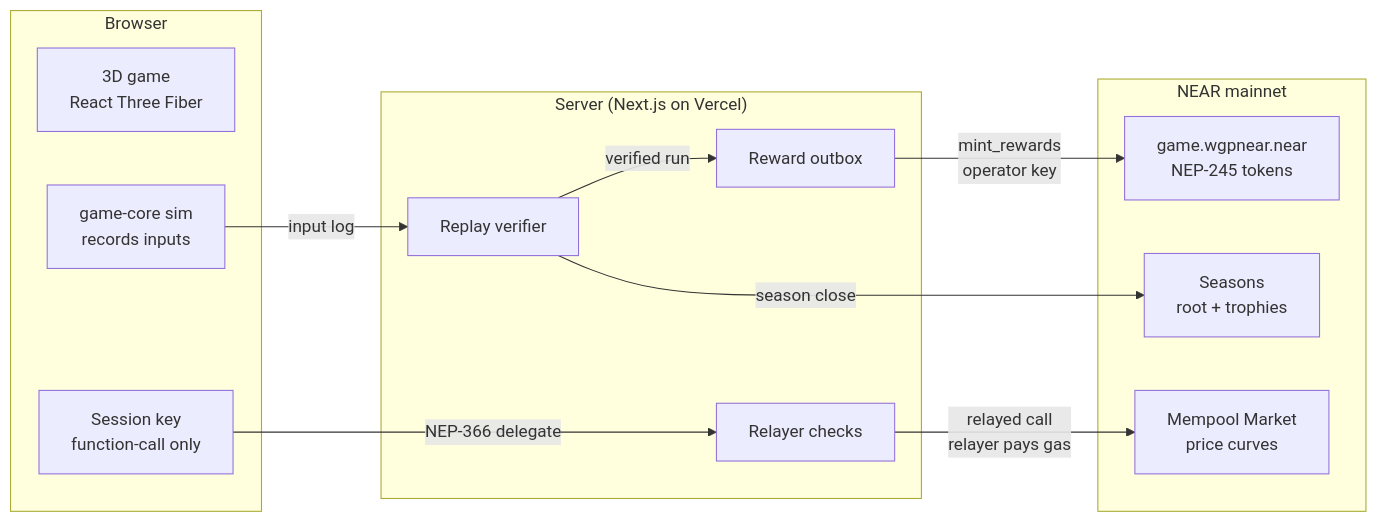
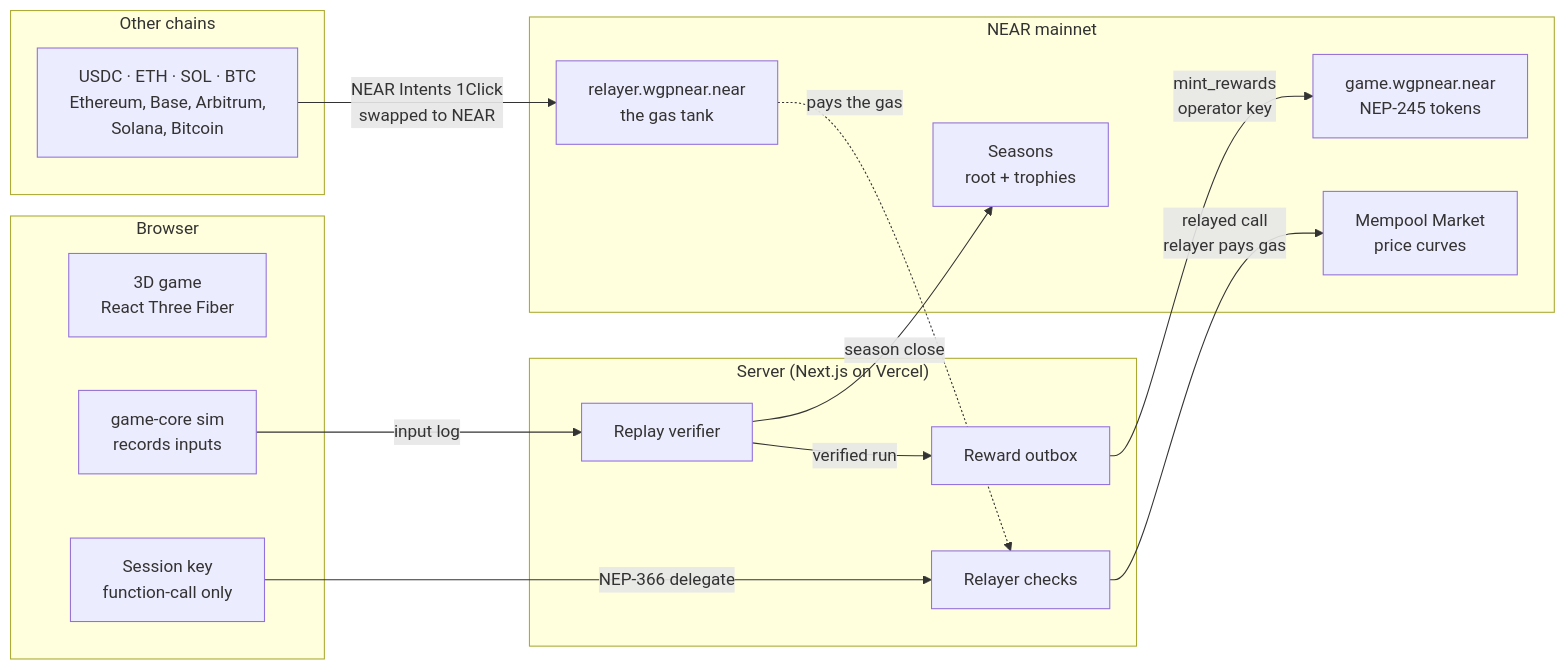
One commit to 71Labs/WithGreatPower changed the diagram in README.md. Above: the diagram before and after it, drawn with Mermaid. The commit also changed other lines of this file and 1 other file, not shown here.

Commit message:
docs(readme): put the NEAR Intents gas tank in the pitch, status table and NEAR section
The integration was only in the track table and Try it. It now opens the README (pitch and status table, labelled 'Live, first refill pending'), appears in the 'What NEAR does here' diagram, and has its own row explaining how the recipient is fixed, the limits and the wNEAR unwrap.

````diff
--- a/README.md
+++ b/README.md
@@ -286,24 +287,30 @@
 ```mermaid
 flowchart LR
   subgraph Browser
     G[3D game<br/>React Three Fiber]
     S[game-core sim<br/>records inputs]
     K[Session key<br/>function-call only]
   end
   subgraph Server["Server (Next.js on Vercel)"]
     V[Replay verifier]
     O[Reward outbox]
     R[Relayer checks]
   end
   subgraph NEAR["NEAR mainnet"]
     C[game.wgpnear.near<br/>NEP-245 tokens]
     M[Mempool Market<br/>price curves]
     T[Seasons<br/>root + trophies]
+    W[relayer.wgpnear.near<br/>the gas tank]
+  end
+  subgraph Chains["Other chains"]
+    X[USDC · ETH · SOL · BTC<br/>Ethereum, Base, Arbitrum,<br/>Solana, Bitcoin]
   end
   S -- input log --> V
   V -- verified run --> O
   O -- mint_rewards<br/>operator key --> C
   K -- NEP-366 delegate --> R
   R -- relayed call<br/>relayer pays gas --> M
   V -- season close --> T
+  X -- NEAR Intents 1Click<br/>swapped to NEAR --> W
+  W -. pays the gas .-> R
 ```
````
